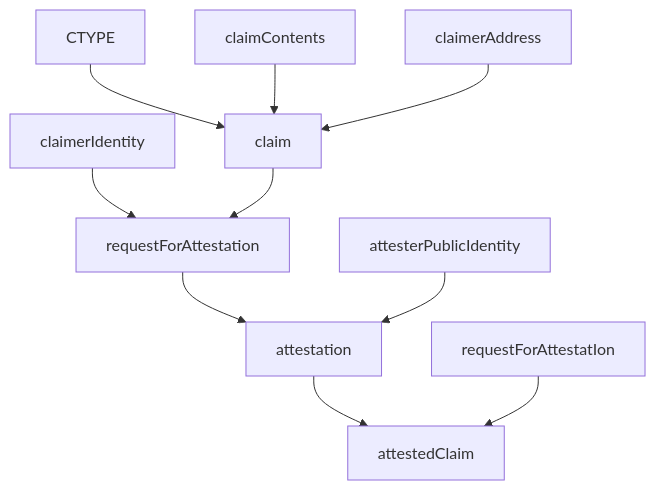
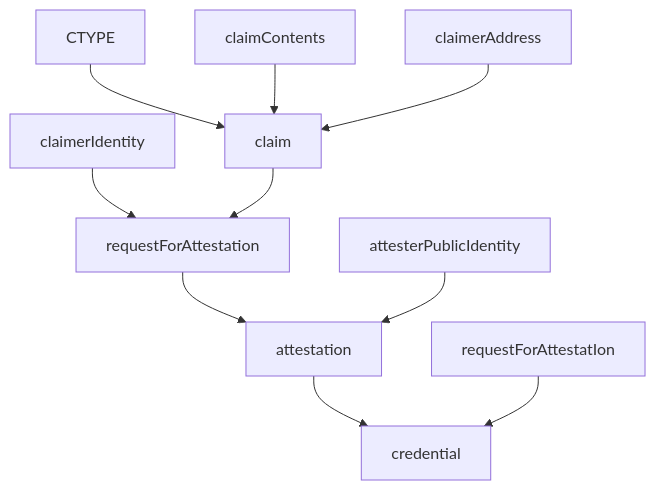
The diagram in docs/sdk/1-workshop/02-overview.md (KILTprotocol/docs), drawn with Mermaid before and after one commit. The commit also changed other lines of this file and 5 other files, not shown here.

Commit message:
feat: updating the wording from attested claim to credential

````diff
--- a/docs/sdk/1-workshop/02-overview.md
+++ b/docs/sdk/1-workshop/02-overview.md
@@ -13,12 +13,12 @@
 ```mermaid
 graph TD
 CTYPE --> claim[claim]
 claimContents --> claim
 claimerAddress --> claim
 claimerIdentity[claimerIdentity] --> requestForAttestation
 claim --> requestForAttestation
 requestForAttestation --> attestation[attestation]
 attesterPublicIdentity --> attestation
-attestation --> attestedClaim[attestedClaim]
-requestForAttestatIon --> attestedClaim[attestedClaim]
+attestation --> credential[credential]
+requestForAttestatIon --> credential[credential]
 ```
````
